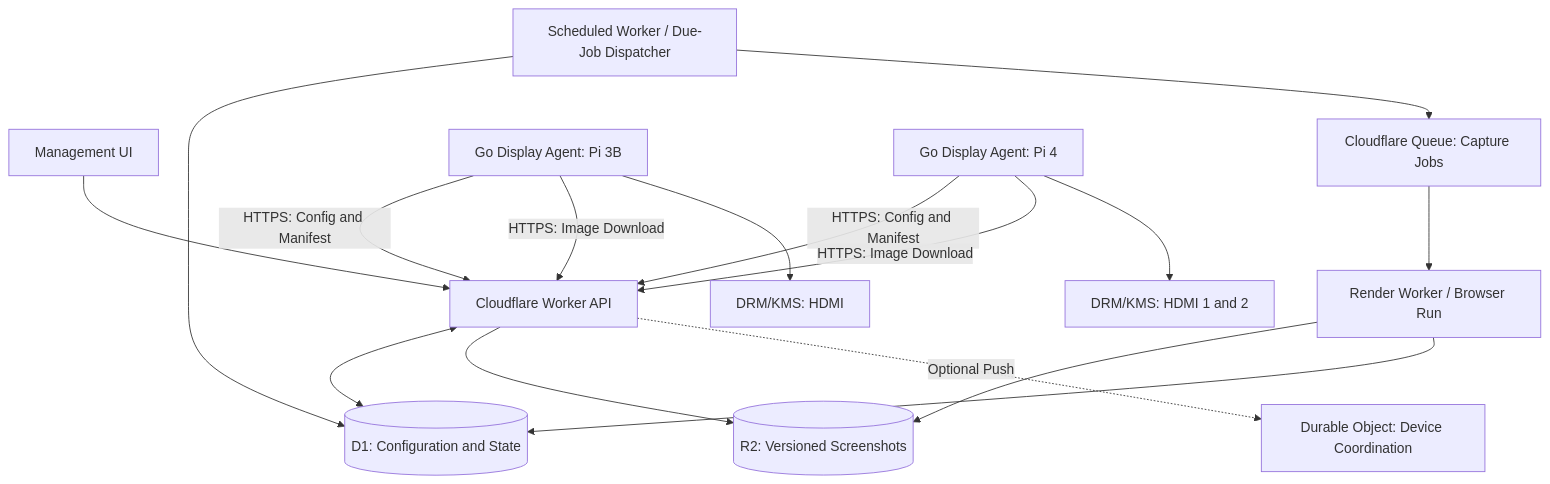
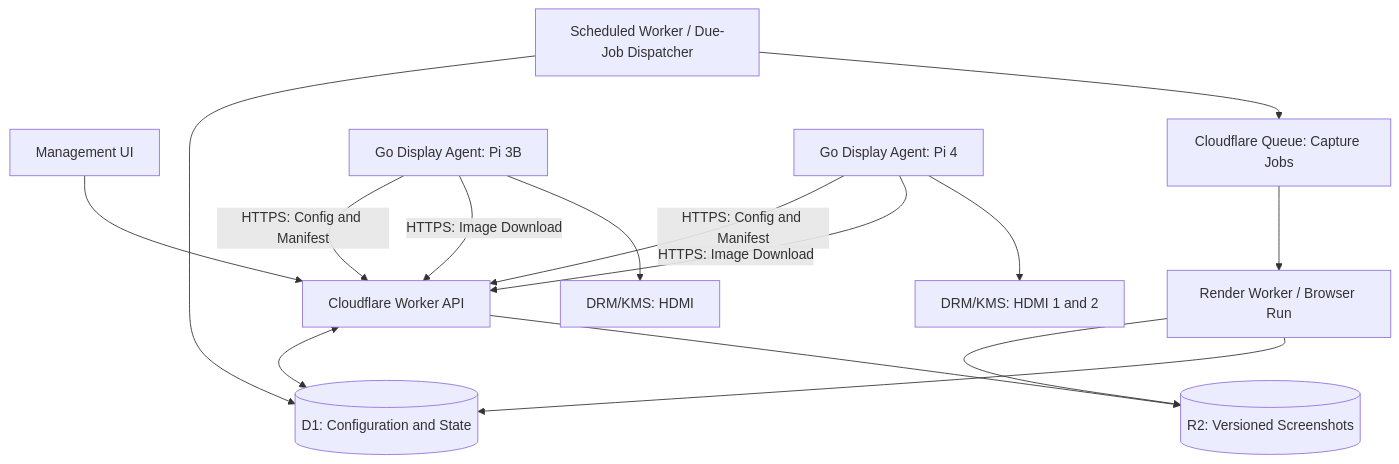
The diagram in README.md (CyanAutomation/ribbonfish), drawn with Mermaid before and after one commit. The commit also changed other lines of this file, not shown here.

````diff
--- a/README.md
+++ b/README.md
@@ -45,28 +45,27 @@
 ```mermaid
 flowchart TD
 
     Admin[Management UI] --> API[Cloudflare Worker API]
 
     API <--> D1[(D1: Configuration and State)]
 
     Scheduler[Scheduled Worker / Due-Job Dispatcher] --> D1
     Scheduler --> Q[Cloudflare Queue: Capture Jobs]
 
     Q --> Renderer[Render Worker / Browser Run]
 
     Renderer --> R2[(R2: Versioned Screenshots)]
     Renderer --> D1
 
     Pi1[Go Display Agent: Pi 3B] -->|HTTPS: Config and Manifest| API
     Pi2[Go Display Agent: Pi 4] -->|HTTPS: Config and Manifest| API
 
     Pi1 -->|HTTPS: Image Download| API
     Pi2 -->|HTTPS: Image Download| API
 
     API --> R2
 
     Pi1 --> DRM1[DRM/KMS: HDMI]
     Pi2 --> DRM2[DRM/KMS: HDMI 1 and 2]
 
-    API -. Optional Push .-> DO[Durable Object: Device Coordination]
 ```
````
